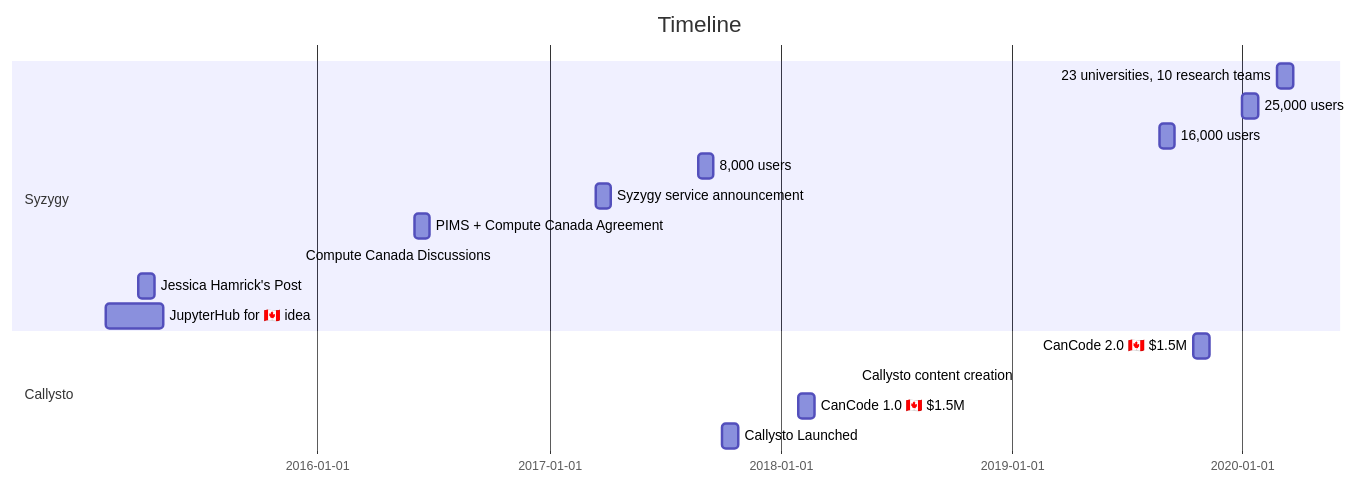
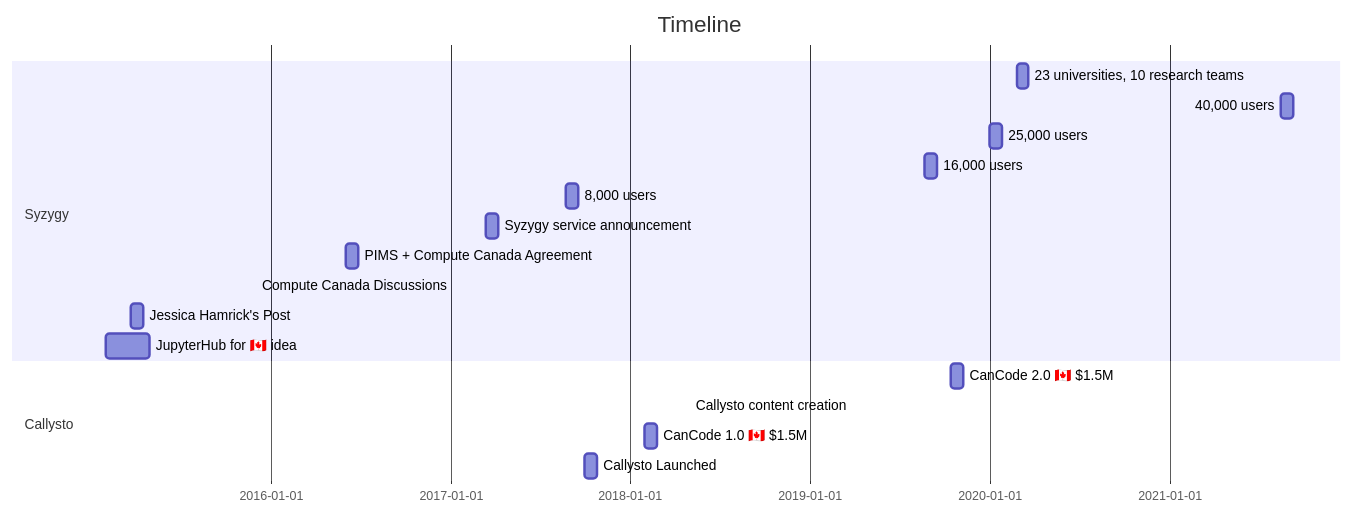
One commit to colliand/colliand-academic changed the diagram in content/slides/2021-08-27-cods-virtual/index.md. Above: the diagram before and after it, drawn with Mermaid. The commit also changed other lines of this file and 2 other files, not shown here.

````diff
--- a/content/slides/2021-08-27-cods-virtual/index.md
+++ b/content/slides/2021-08-27-cods-virtual/index.md
@@ -136,21 +124,22 @@
 ```mermaid
 gantt
     title Timeline
 
     section Syzygy
     23 universities, 10 research teams: 2020-02-25, 25d
+    40,000 users : 2021-08-15, 25d
     25,000 users : 2020-01-01, 25d
     16,000 users : 2019-08-22, 25d
-    8,000 users : 2017-08-24, 25d
+    8,000 users  : 2017-08-24, 25d
     Syzygy service announcement : 2017-03-15, 25d
     PIMS + Compute Canada Agreement : 2016-06-02, 25d
     Compute Canada Discussions : 2015-12-03, 2016-06-01
     Jessica Hamrick's Post : 2015-03-24, 25d
     JupyterHub for 🇨🇦 idea : 2015-02-01, 90d
     
     section Callysto
     CanCode 2.0 🇨🇦 $1.5M : 2019-10-15, 25d
     Callysto content creation : 2018-05-01, 2018-08-31
     CanCode 1.0 🇨🇦 $1.5M : 2018-01-30, 25d
     Callysto Launched: 2017-10-01, 25d
 ```
````
